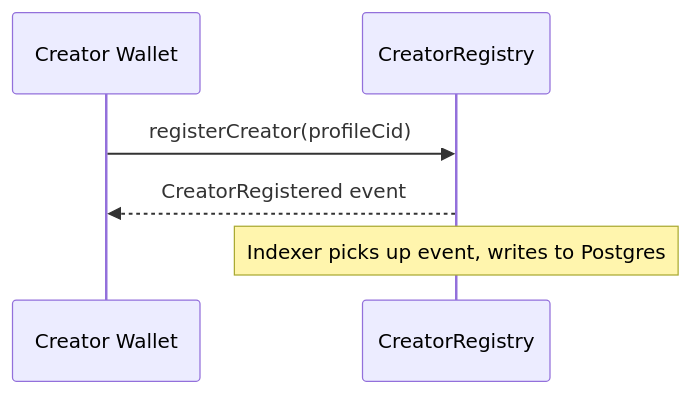
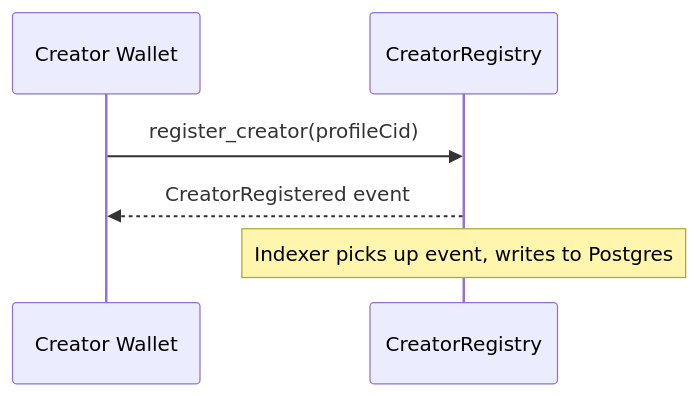
Before and after one commit to originchain-labs/originchain: the first of 5 diagrams in docs/SMART_CONTRACT_INTERFACES.md, drawn with Mermaid. The commit also changed other lines of this file and 9 other files, not shown here.

````diff
--- a/docs/SMART_CONTRACT_INTERFACES.md
+++ b/docs/SMART_CONTRACT_INTERFACES.md
@@ -40,8 +40,8 @@
 ```mermaid
 sequenceDiagram
     participant C as Creator Wallet
     participant CR as CreatorRegistry
-    C->>CR: registerCreator(profileCid)
+    C->>CR: register_creator(profileCid)
     CR-->>C: CreatorRegistered event
     Note over CR: Indexer picks up event, writes to Postgres
 ```
````
